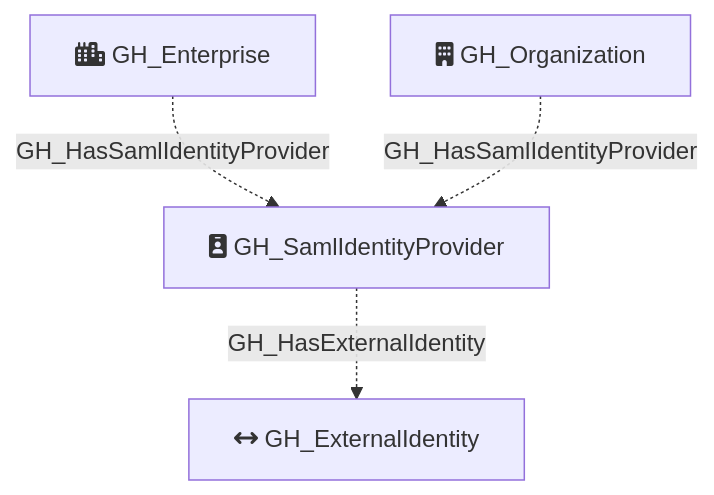
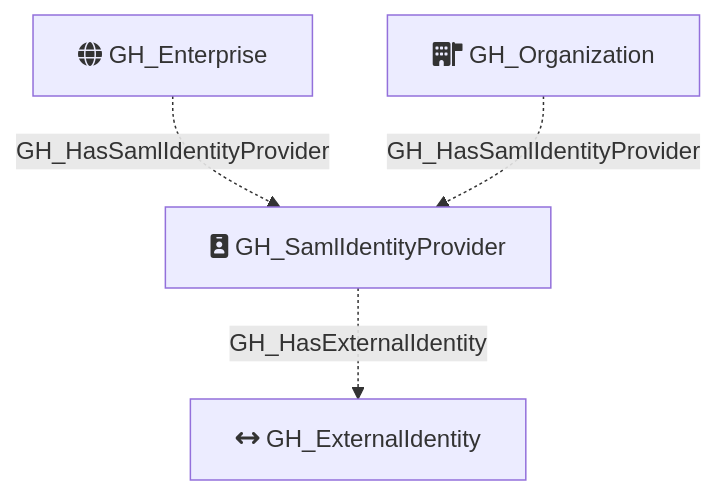
Before and after one commit to SpecterOps/GitHound: the diagram in Documentation/NodeDescriptions/GH_SamlIdentityProvider.md, drawn with Mermaid. The commit also changed 21 other files, not shown here.

First line of the commit message:
Update mermaid diagram icons to match GitHub's own iconography

````diff
--- a/Documentation/NodeDescriptions/GH_SamlIdentityProvider.md
+++ b/Documentation/NodeDescriptions/GH_SamlIdentityProvider.md
@@ -27,11 +27,11 @@
 ```mermaid
 flowchart TD
-    GH_Enterprise[fa:fa-city GH_Enterprise]
-    GH_Organization[fa:fa-building GH_Organization]
+    GH_Enterprise[fa:fa-globe GH_Enterprise]
+    GH_Organization[fa:fa-building-flag GH_Organization]
     GH_SamlIdentityProvider[fa:fa-id-badge GH_SamlIdentityProvider]
     GH_ExternalIdentity[fa:fa-arrows-left-right GH_ExternalIdentity]
 
     GH_Enterprise -.->|GH_HasSamlIdentityProvider| GH_SamlIdentityProvider
     GH_Organization -.->|GH_HasSamlIdentityProvider| GH_SamlIdentityProvider
     GH_SamlIdentityProvider -.->|GH_HasExternalIdentity| GH_ExternalIdentity
 ```
````
